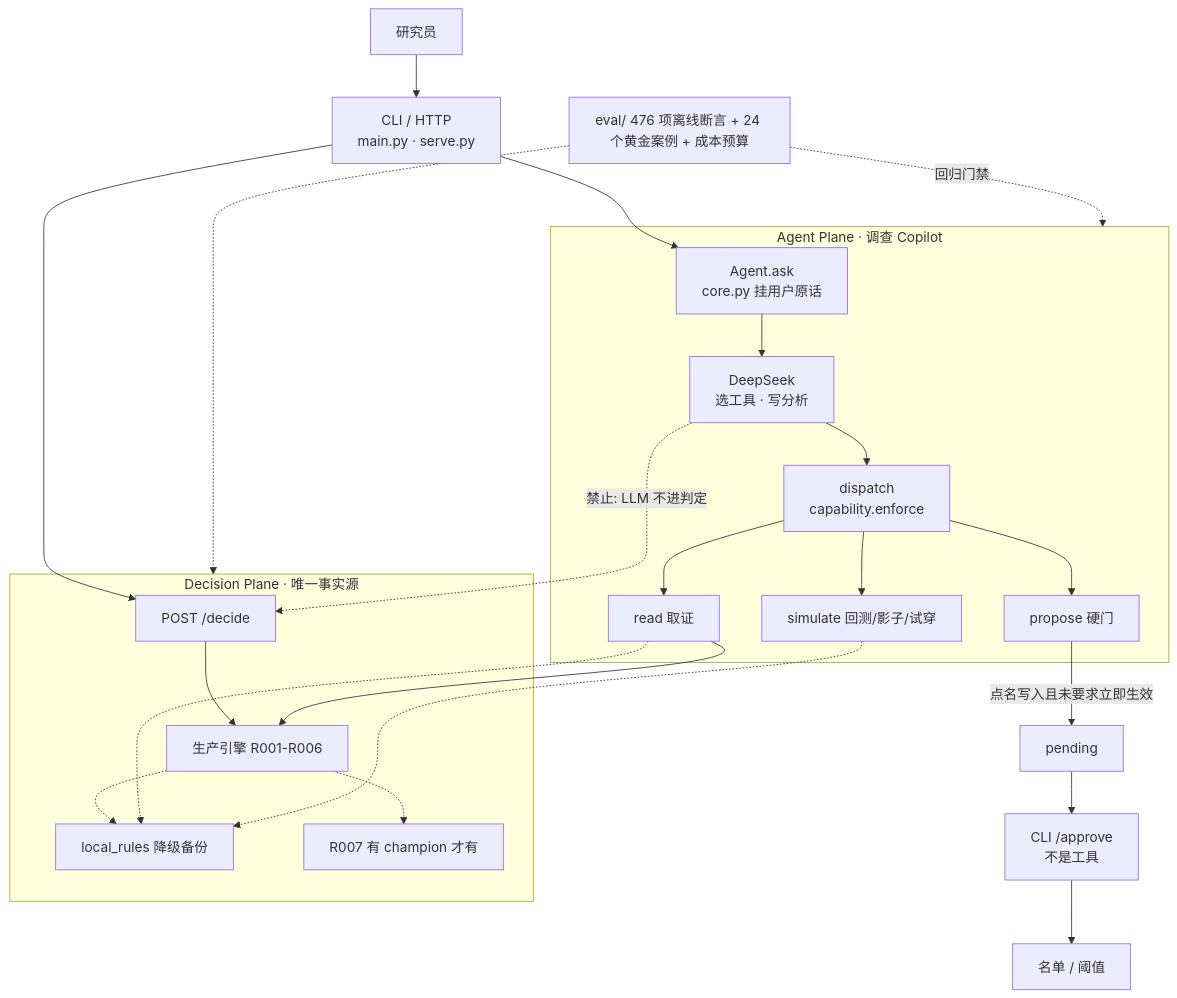
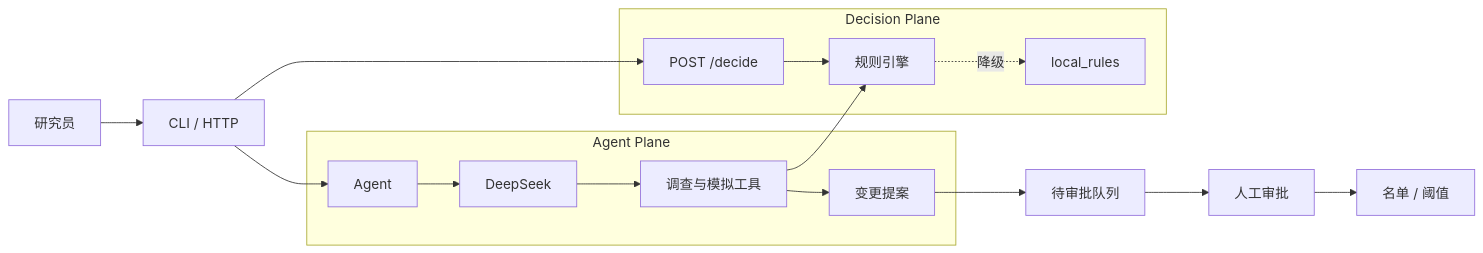
Before and after one commit to 1494389516/fengkong-agent: the diagram in README.md, drawn with Mermaid. The commit also changed other lines of this file, not shown here.

````diff
--- a/README.md
+++ b/README.md
@@ -76,41 +83,22 @@
 ```mermaid
-flowchart TB
-    R[研究员] --> CLI["CLI / HTTP<br/>main.py · serve.py"]
-    CLI --> ASK
-    CLI --> DEC
+flowchart LR
+    U[研究员] --> CLI[CLI / HTTP]
 
-    subgraph AP["Agent Plane · 调查 Copilot"]
-        ASK["Agent.ask<br/>core.py 挂用户原话"]
-        LLM["DeepSeek<br/>选工具 · 写分析"]
-        DISP["dispatch<br/>capability.enforce"]
-        READ["read 取证"]
-        SIM["simulate 回测/影子/试穿"]
-        PROP["propose 硬门"]
-        ASK --> LLM --> DISP
-        DISP --> READ
-        DISP --> SIM
-        DISP --> PROP
+    subgraph AP[Agent Plane]
+        A[Agent] --> LLM[DeepSeek]
+        LLM --> T[调查与模拟工具]
+        T --> P[变更提案]
     end
 
-    PROP -->|"点名写入且未要求立即生效"| PEND[pending]
-    PEND --> APPR["CLI /approve<br/>不是工具"]
-    APPR --> LISTS["名单 / 阈值"]
-
-    subgraph DP["Decision Plane · 唯一事实源"]
-        DEC["POST /decide"]
-        ENG["生产引擎 R001-R006"]
-        LOC["local_rules 降级备份"]
-        R007["R007 有 champion 才有"]
-        DEC --> ENG
-        ENG -.-> LOC
-        ENG -.-> R007
+    subgraph DP[Decision Plane]
+        D[POST /decide] --> E[规则引擎]
+        E -. 降级 .-> L[local_rules]
     end
 
-    LLM -.->|禁止: LLM 不进判定| DEC
-    READ --> ENG
-    READ -.-> LOC
-    SIM -.-> LOC
-
-    EVAL[eval/ 476 项离线断言 + 24 个黄金案例 + 成本预算] -. 回归门禁 .-> AP
-    EVAL -.-> DP
+    CLI --> A
+    CLI --> D
+    P --> Q[待审批队列]
+    Q --> H[人工审批]
+    H --> S[名单 / 阈值]
+    T --> E
 ```
````
